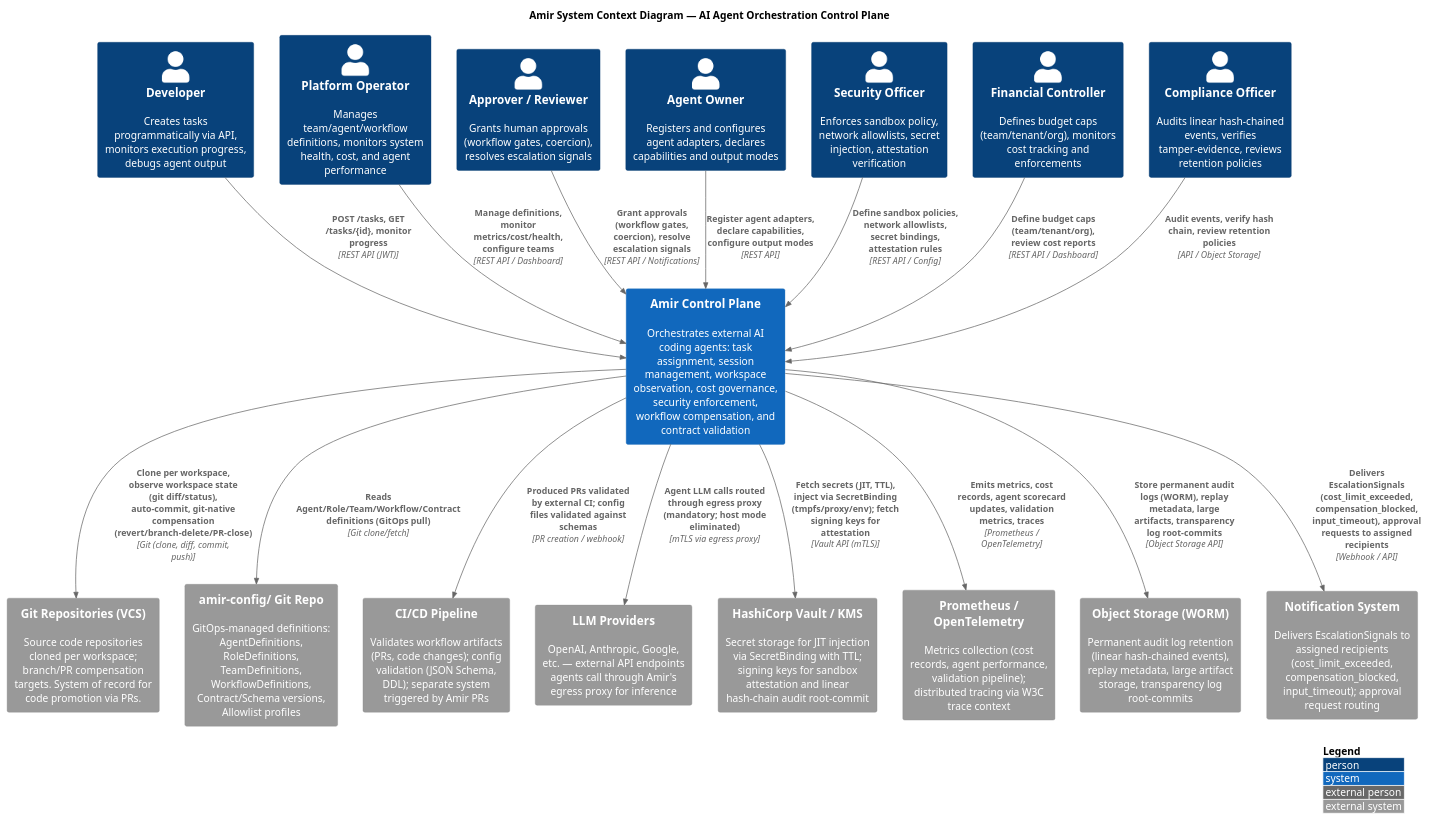
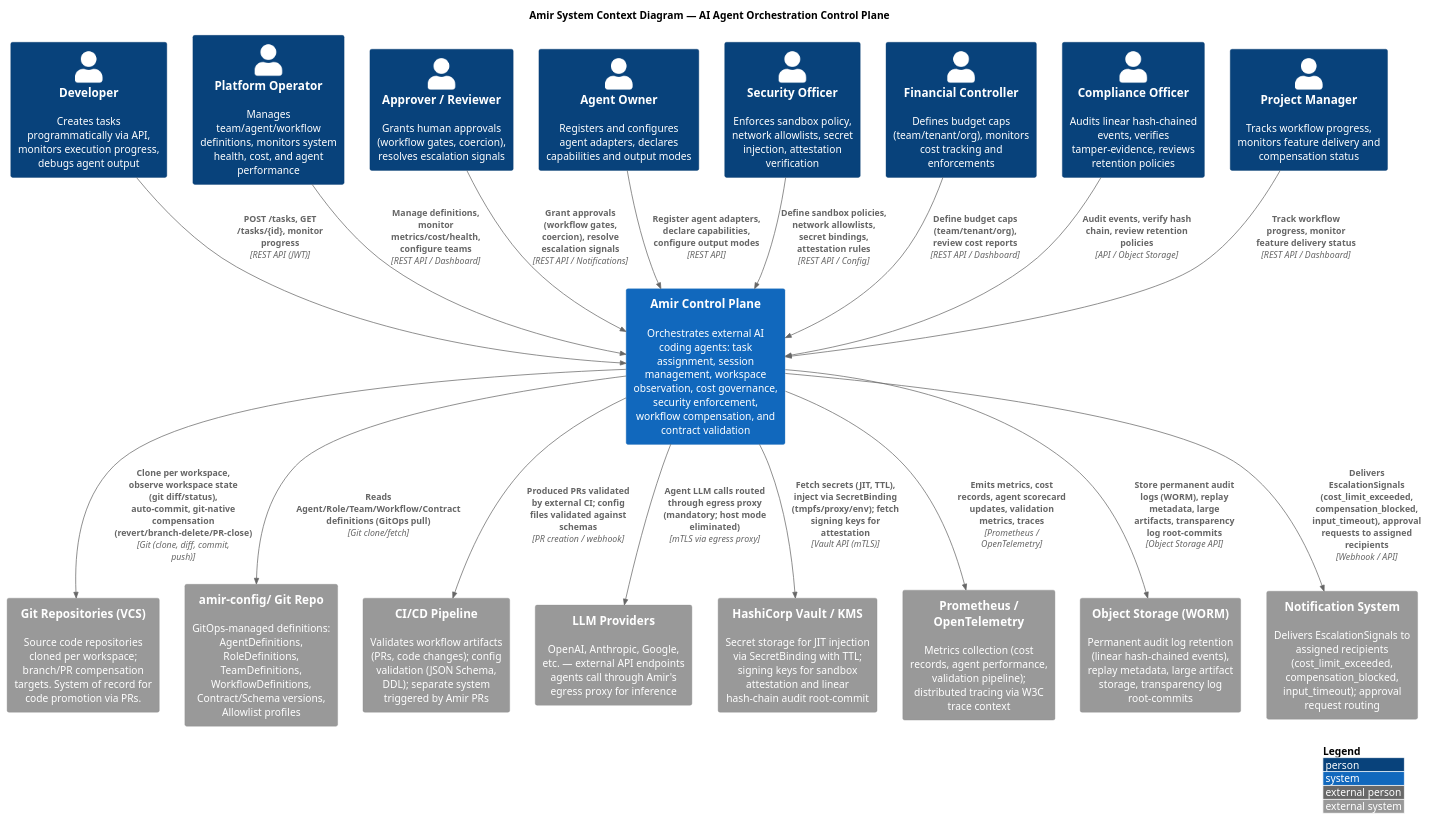
One commit to salimnamvar/amir changed the diagram in docs/c4-model/context-diagram.puml. Above: the diagram before and after it, drawn with PlantUML.

Commit message:
fix(diagram): add Project Manager actor for workflow tracking
Source: GLM, Minimax audits. Project Manager tracks WorkflowInstance
progress, monitors feature delivery and compensation status
(US-WORKFLOW-001..005).

```diff
--- a/docs/c4-model/context-diagram.puml
+++ b/docs/c4-model/context-diagram.puml
@@ -1,65 +1,67 @@
 @startuml Amir-System-Context
 !include https://raw.githubusercontent.com/plantuml-stdlib/C4-PlantUML/master/C4_Context.puml
 
 LAYOUT_WITH_LEGEND()
 
 title Amir System Context Diagram — AI Agent Orchestration Control Plane
 
 ' ──────────────────────────────────────────────────────────────────
 ' ACTORS
 ' ──────────────────────────────────────────────────────────────────
 
 Person(developer, "Developer", "Creates tasks programmatically via API, monitors execution progress, debugs agent output")
 Person(platform_operator, "Platform Operator", "Manages team/agent/workflow definitions, monitors system health, cost, and agent performance")
 Person(approver, "Approver / Reviewer", "Grants human approvals (workflow gates, coercion), resolves escalation signals")
 Person(agent_owner, "Agent Owner", "Registers and configures agent adapters, declares capabilities and output modes")
 Person(security_officer, "Security Officer", "Enforces sandbox policy, network allowlists, secret injection, attestation verification")
 Person(financial_controller, "Financial Controller", "Defines budget caps (team/tenant/org), monitors cost tracking and enforcements")
 Person(compliance_officer, "Compliance Officer", "Audits linear hash-chained events, verifies tamper-evidence, reviews retention policies")
+Person(project_manager, "Project Manager", "Tracks workflow progress, monitors feature delivery and compensation status")
 
 ' ──────────────────────────────────────────────────────────────────
 ' AMIR SYSTEM
 ' ──────────────────────────────────────────────────────────────────
 
 System(amir, "Amir Control Plane", "Orchestrates external AI coding agents: task assignment, session management, workspace observation, cost governance, security enforcement, workflow compensation, and contract validation")
 
 ' ──────────────────────────────────────────────────────────────────
 ' EXTERNAL SYSTEMS
 ' ──────────────────────────────────────────────────────────────────
 
 System_Ext(git_repos, "Git Repositories (VCS)", "Source code repositories cloned per workspace; branch/PR compensation targets. System of record for code promotion via PRs.")
 System_Ext(git_config, "amir-config/ Git Repo", "GitOps-managed definitions: AgentDefinitions, RoleDefinitions, TeamDefinitions, WorkflowDefinitions, Contract/Schema versions, Allowlist profiles")
 System_Ext(ci_cd, "CI/CD Pipeline", "Validates workflow artifacts (PRs, code changes); config validation (JSON Schema, DDL); separate system triggered by Amir PRs")
 System_Ext(llm_providers, "LLM Providers", "OpenAI, Anthropic, Google, etc. — external API endpoints agents call through Amir's egress proxy for inference")
 System_Ext(vault, "HashiCorp Vault / KMS", "Secret storage for JIT injection via SecretBinding with TTL; signing keys for sandbox attestation and linear hash-chain audit root-commit")
 System_Ext(prometheus, "Prometheus / OpenTelemetry", "Metrics collection (cost records, agent performance, validation pipeline); distributed tracing via W3C trace context")
 System_Ext(object_storage, "Object Storage (WORM)", "Permanent audit log retention (linear hash-chained events), replay metadata, large artifact storage, transparency log root-commits")
 System_Ext(notification_system, "Notification System", "Delivers EscalationSignals to assigned recipients (cost_limit_exceeded, compensation_blocked, input_timeout); approval request routing")
 
 ' ──────────────────────────────────────────────────────────────────
 ' RELATIONSHIPS — ACTORS → AMIR
 ' ──────────────────────────────────────────────────────────────────
 
 Rel(developer, amir, "POST /tasks, GET /tasks/{id}, monitor progress", "REST API (JWT)")
 Rel(platform_operator, amir, "Manage definitions, monitor metrics/cost/health, configure teams", "REST API / Dashboard")
 Rel(approver, amir, "Grant approvals (workflow gates, coercion), resolve escalation signals", "REST API / Notifications")
 Rel(agent_owner, amir, "Register agent adapters, declare capabilities, configure output modes", "REST API")
 Rel(security_officer, amir, "Define sandbox policies, network allowlists, secret bindings, attestation rules", "REST API / Config")
 Rel(financial_controller, amir, "Define budget caps (team/tenant/org), review cost reports", "REST API / Dashboard")
 Rel(compliance_officer, amir, "Audit events, verify hash chain, review retention policies", "API / Object Storage")
+Rel(project_manager, amir, "Track workflow progress, monitor feature delivery status", "REST API / Dashboard")
 
 ' ──────────────────────────────────────────────────────────────────
 ' RELATIONSHIPS — AMIR → EXTERNAL SYSTEMS
 ' ──────────────────────────────────────────────────────────────────
 
 Rel(amir, git_config, "Reads Agent/Role/Team/Workflow/Contract definitions (GitOps pull)", "Git clone/fetch")
 Rel(amir, git_repos, "Clone per workspace, observe workspace state (git diff/status), auto-commit, git-native compensation (revert/branch-delete/PR-close)", "Git (clone, diff, commit, push)")
 Rel(amir, ci_cd, "Produced PRs validated by external CI; config files validated against schemas", "PR creation / webhook")
 
 Rel(amir, llm_providers, "Agent LLM calls routed through egress proxy (mandatory; host mode eliminated)", "mTLS via egress proxy")
 Rel(amir, vault, "Fetch secrets (JIT, TTL), inject via SecretBinding (tmpfs/proxy/env); fetch signing keys for attestation", "Vault API (mTLS)")
 Rel(amir, prometheus, "Emits metrics, cost records, agent scorecard updates, validation metrics, traces", "Prometheus / OpenTelemetry")
 Rel(amir, object_storage, "Store permanent audit logs (WORM), replay metadata, large artifacts, transparency log root-commits", "Object Storage API")
 Rel(amir, notification_system, "Delivers EscalationSignals (cost_limit_exceeded, compensation_blocked, input_timeout), approval requests to assigned recipients", "Webhook / API")
 
 @enduml
```
